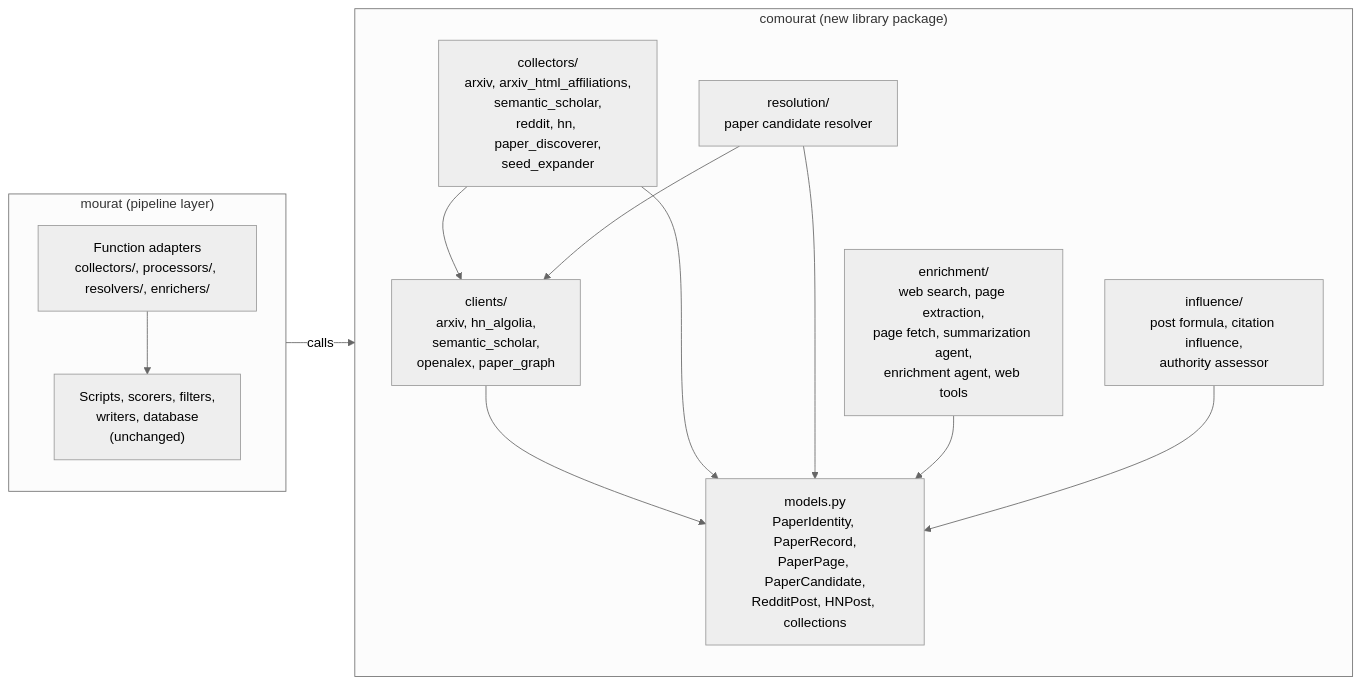
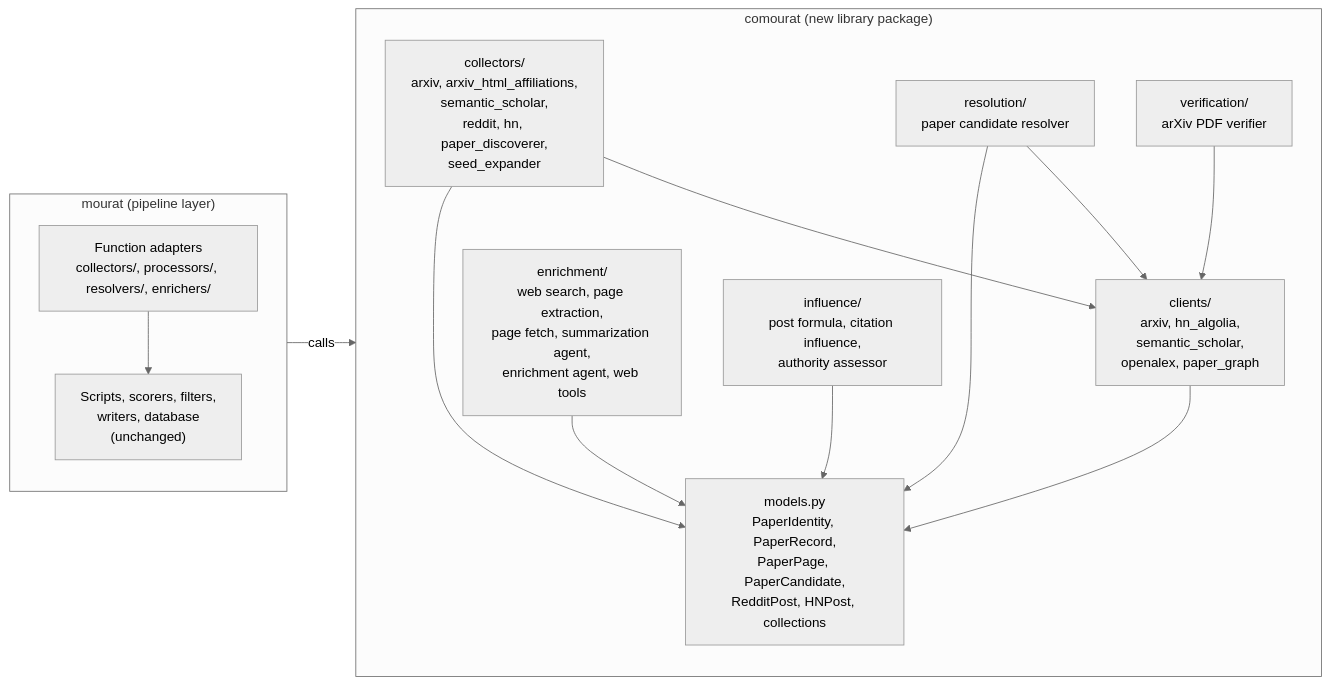
One commit to anton-pershin/mourat changed the diagram in .internal/specs/22-comourat-general-spec.md. Above: the diagram before and after it, drawn with Mermaid (neutral theme). The commit also changed other lines of this file, not shown here.

Commit message:
Revise spec 22 to extract arXiv PDF verification

````diff
--- a/.internal/specs/22-comourat-general-spec.md
+++ b/.internal/specs/22-comourat-general-spec.md
@@ -80,26 +84,28 @@
 ```mermaid
 flowchart LR
   subgraph M["mourat (pipeline layer)"]
     direction TB
     ADS["Function adapters\ncollectors/, processors/, resolvers/, enrichers/"]
     ORCH["Scripts, scorers, filters,\nwriters, database\n(unchanged)"]
     ADS --> ORCH
   end
   subgraph C["comourat (new library package)"]
     direction TB
     MODELS["models.py\nPaperIdentity, PaperRecord,\nPaperPage, PaperCandidate,\nRedditPost, HNPost, collections"]
     CLIENTS["clients/\narxiv, hn_algolia,\nsemantic_scholar,\nopenalex, paper_graph"]
     COLLECT["collectors/\narxiv, arxiv_html_affiliations,\nsemantic_scholar,\nreddit, hn, paper_discoverer,\nseed_expander"]
     RESOLVE["resolution/\npaper candidate resolver"]
+    VERIFY["verification/\narXiv PDF verifier"]
     ENRICH["enrichment/\nweb search, page extraction,\npage fetch, summarization agent,\nenrichment agent, web tools"]
     INFLUENCE["influence/\npost formula, citation influence,\nauthority assessor"]
     CLIENTS --> MODELS
     COLLECT --> CLIENTS
     COLLECT --> MODELS
     RESOLVE --> CLIENTS
     RESOLVE --> MODELS
+    VERIFY --> CLIENTS
     ENRICH --> MODELS
     INFLUENCE --> MODELS
   end
   ADS -->|"calls"| C
 ```
````
